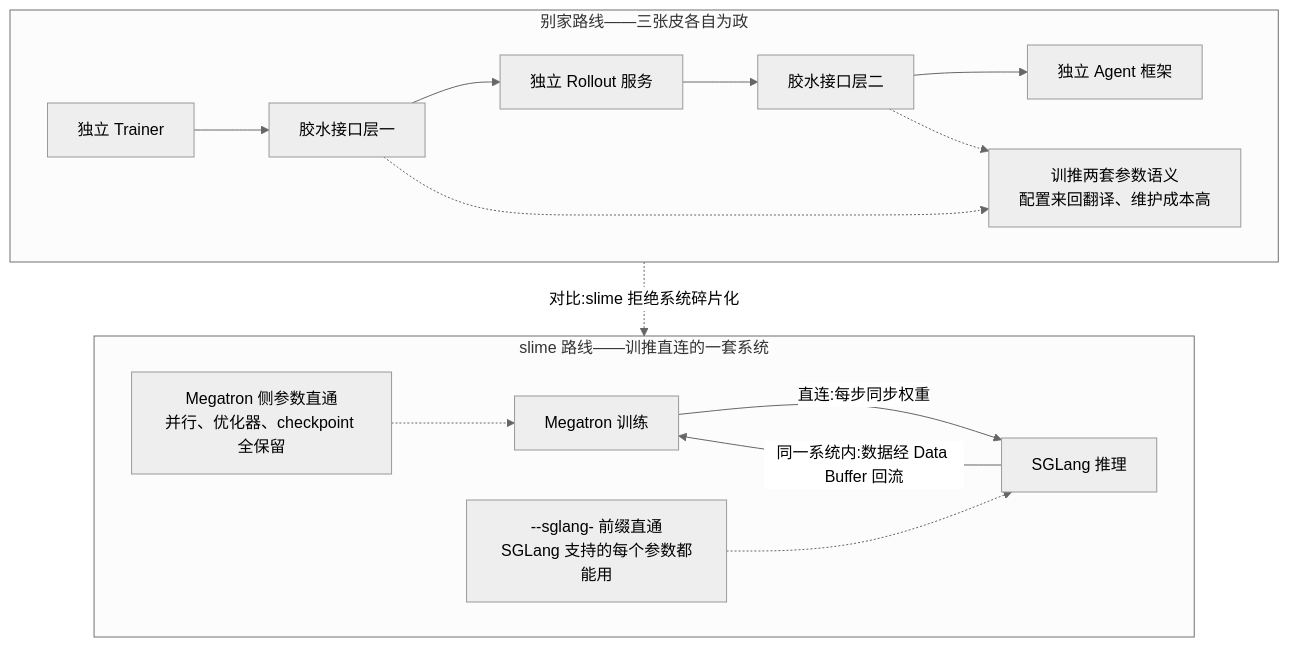
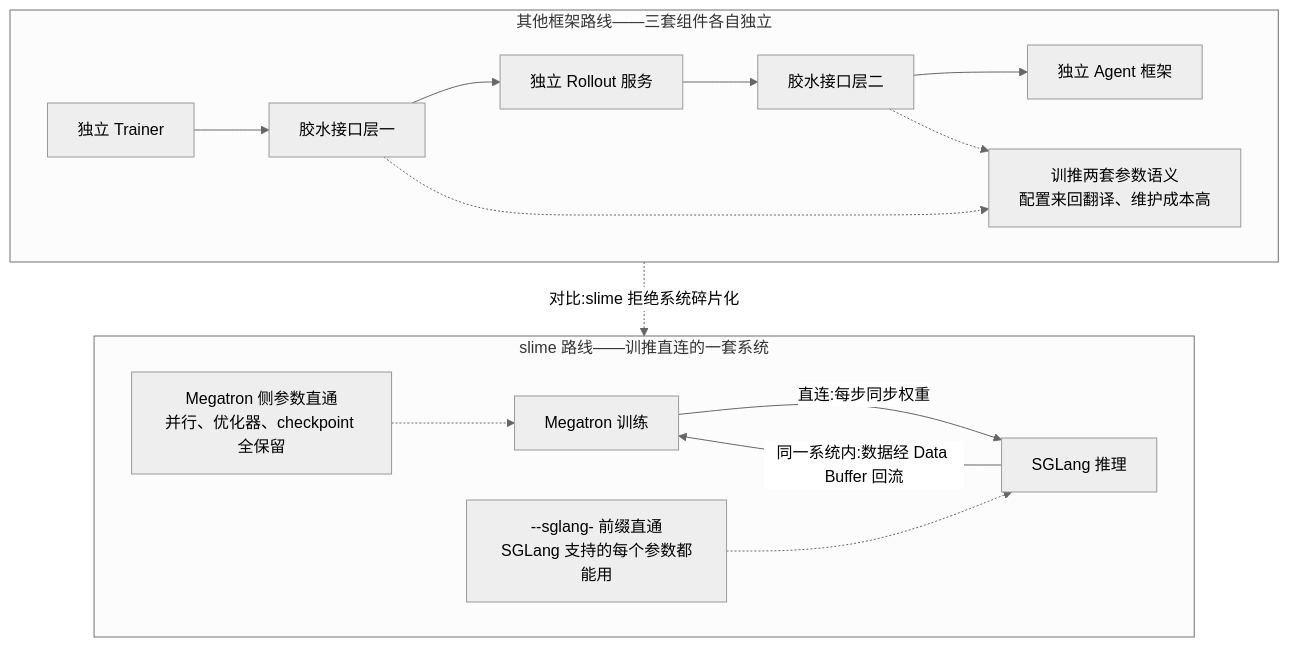
Before and after one commit to lloo099/mission44: the third of 5 diagrams in docs/blog/dispatch-19-slime.md, drawn with Mermaid (neutral theme). The commit also changed other lines of this file and 24 other files, not shown here.

Commit message:
全站文风统一:29 篇按'专业简洁、去口语化'标准批量修订 — 确定性替换 100 处(崩法→失稳模式/洼地→空白领域/占坑→公开工作/黑箱→未公开/datatype 动物园→谱系/押注→投入/护城河→竞争壁垒 等)+ 8 个编辑 agent 分批逐句精修(D24 单篇 38 处;两轮均遇用量上限中断后续跑完成)+ blog.json 摘要 6 处 + 综述残留 2 处. 术语全站一致化; 29 文件 mermaid 全验证 0 errors; 快照页同步重建

````diff
--- a/docs/blog/dispatch-19-slime.md
+++ b/docs/blog/dispatch-19-slime.md
@@ -104,28 +104,28 @@
 ```mermaid
 flowchart TB
-    subgraph OTHERS ["别家路线——三张皮各自为政"]
+    subgraph OTHERS ["其他框架路线——三套组件各自独立"]
         O1["独立 Trainer"]
         O2["独立 Rollout 服务"]
         O3["独立 Agent 框架"]
         G1["胶水接口层一"]
         G2["胶水接口层二"]
         O1 --> G1
         G1 --> O2
         O2 --> G2
         G2 --> O3
         P1["训推两套参数语义<br>配置来回翻译、维护成本高"]
         G1 -.-> P1
         G2 -.-> P1
     end
     subgraph SLIME ["slime 路线——训推直连的一套系统"]
         S1["Megatron 训练"]
         S2["SGLang 推理"]
         S1 -->|"直连:每步同步权重"| S2
         S2 -->|"同一系统内:数据经 Data Buffer 回流"| S1
         S3["Megatron 侧参数直通<br>并行、优化器、checkpoint 全保留"]
         S4["--sglang- 前缀直通<br>SGLang 支持的每个参数都能用"]
         S3 -.-> S1
         S4 -.-> S2
     end
     OTHERS -. "对比:slime 拒绝系统碎片化" .-> SLIME
 ```
````
